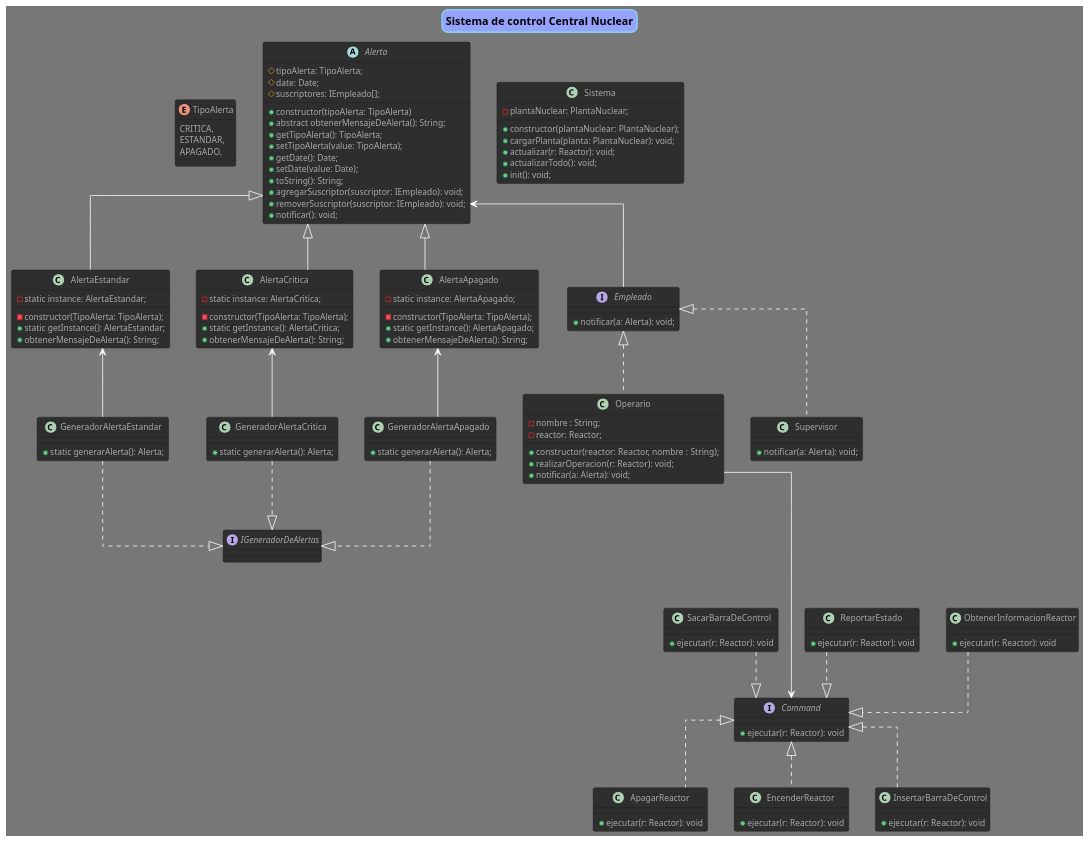
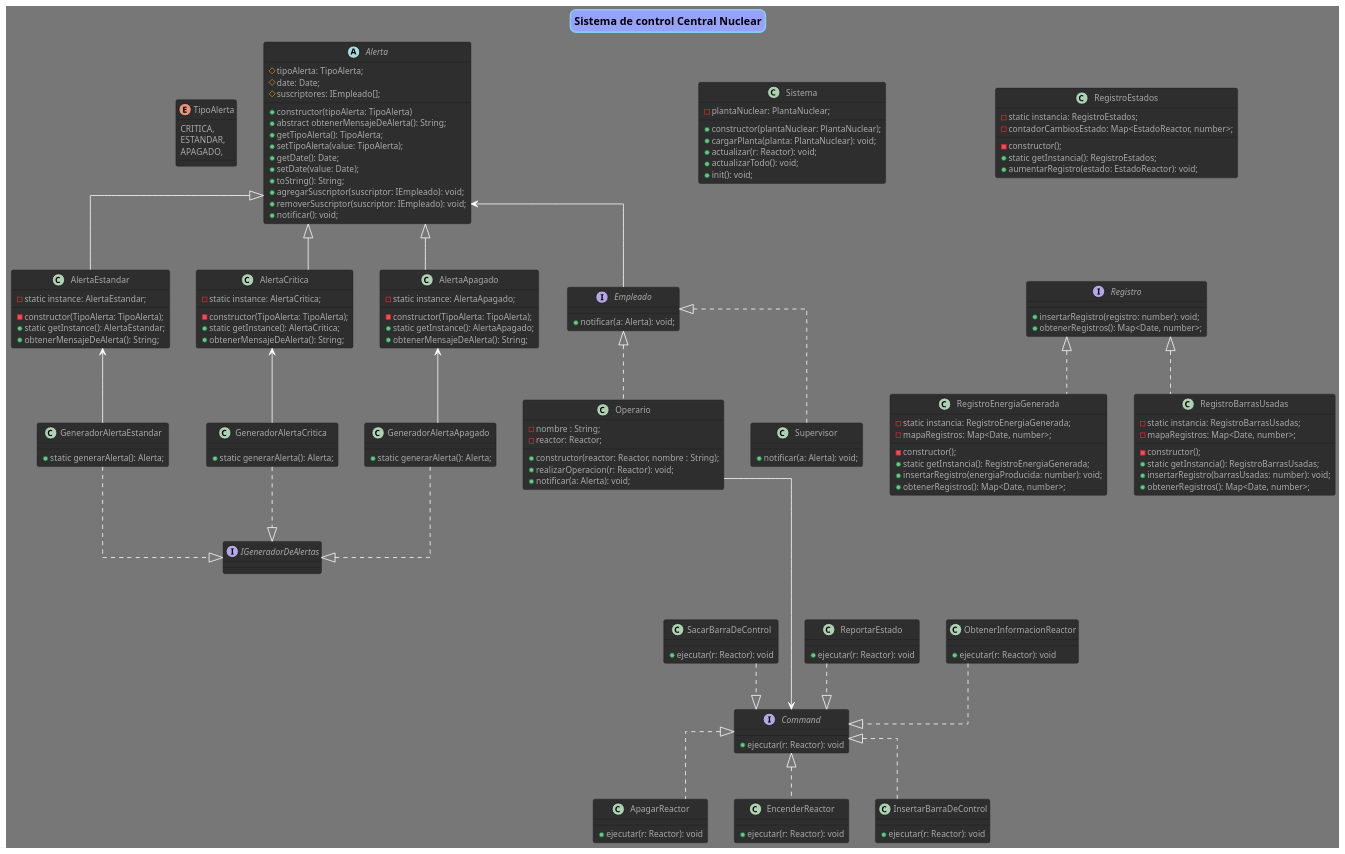
One commit to fmiguezo/reactor_nuclear changed the diagram in diagrams/clases_sistema_control.puml. Above: the diagram before and after it, drawn with PlantUML.

Commit message:
añadidas las clases de registros

```diff
--- a/diagrams/clases_sistema_control.puml
+++ b/diagrams/clases_sistema_control.puml
@@ -1,161 +1,198 @@
 @startuml Tp
 
 title "Sistema de control Central Nuclear"
 !theme reddress-darkblue
 scale 1.3
 skinparam Linetype ortho
 
 skinparam titleBorderRoundCorner 15
 skinparam titleBorderThickness 2
 skinparam titleBorderColor skyBlue
 skinparam titleBackgroundColor #96a2ff
 
 
 
 interface Command {
     +ejecutar(r: Reactor): void
 }
 
 class ApagarReactor {
     +ejecutar(r: Reactor): void
 }
 
 class EncenderReactor {
     +ejecutar(r: Reactor): void
 }
 
 class InsertarBarraDeControl {
     +ejecutar(r: Reactor): void
 }
 
 class ObtenerInformacionReactor {
     +ejecutar(r: Reactor): void
 }
 
 class ReportarEstado {
     +ejecutar(r: Reactor): void
 }
 
 class SacarBarraDeControl {
     +ejecutar(r: Reactor): void
 }
 
 abstract class Alerta {
     #tipoAlerta: TipoAlerta;
     #date: Date;
     #suscriptores: IEmpleado[];
 
     +constructor(tipoAlerta: TipoAlerta)
     +abstract obtenerMensajeDeAlerta(): String;
     +getTipoAlerta(): TipoAlerta;
     +setTipoAlerta(value: TipoAlerta);
     +getDate(): Date;
     +setDate(value: Date);
     +toString(): String;
     +agregarSuscriptor(suscriptor: IEmpleado): void;
     +removerSuscriptor(suscriptor: IEmpleado): void;
     +notificar(): void;
 }
 
 class AlertaApagado {
     -static instance: AlertaApagado;
 
     -constructor(TipoAlerta: TipoAlerta);
     +static getInstance(): AlertaApagado;
     +obtenerMensajeDeAlerta(): String;
 }
 
 class AlertaCritica {
     -static instance: AlertaCritica;
 
     -constructor(TipoAlerta: TipoAlerta);
     +static getInstance(): AlertaCritica;
     +obtenerMensajeDeAlerta(): String;
 }
 
 class AlertaEstandar {
     -static instance: AlertaEstandar;
 
     -constructor(TipoAlerta: TipoAlerta);
     +static getInstance(): AlertaEstandar;
     +obtenerMensajeDeAlerta(): String;
 }
 
 interface IGeneradorDeAlertas {
     
 }
 
 class GeneradorAlertaApagado {
     +static generarAlerta(): Alerta;
 }
 
 class GeneradorAlertaCritica {
     +static generarAlerta(): Alerta;
 }
 
 class GeneradorAlertaEstandar {
     +static generarAlerta(): Alerta;
 }
 
 enum TipoAlerta {
     CRITICA,
     ESTANDAR,
     APAGADO,
 }
 
 interface Empleado {
     +notificar(a: Alerta): void;
 }
 
 class Operario {
     -nombre : String;
     -reactor: Reactor;
 
     +constructor(reactor: Reactor, nombre : String);
     +realizarOperacion(r: Reactor): void;
     +notificar(a: Alerta): void;
 }
 
 class Supervisor {
     +notificar(a: Alerta): void;
 }
 
 class Sistema {
     -plantaNuclear: PlantaNuclear;
 
     +constructor(plantaNuclear: PlantaNuclear);
     +cargarPlanta(planta: PlantaNuclear): void;
     +actualizar(r: Reactor): void;
     +actualizarTodo(): void;
     +init(): void;
 }
 
+interface Registro {
+    +insertarRegistro(registro: number): void;
+    +obtenerRegistros(): Map<Date, number>;
+}
+
+class RegistroEstados {
+    -static instancia: RegistroEstados;
+    -contadorCambiosEstado: Map<EstadoReactor, number>;
+
+    -constructor();
+    +static getInstancia(): RegistroEstados;
+    +aumentarRegistro(estado: EstadoReactor): void;
+}
+
+class RegistroEnergiaGenerada {
+    -static instancia: RegistroEnergiaGenerada;
+    -mapaRegistros: Map<Date, number>;
+
+    -constructor();
+    +static getInstancia(): RegistroEnergiaGenerada;
+    +insertarRegistro(energiaProducida: number): void;
+    +obtenerRegistros(): Map<Date, number>;
+}
+
+class RegistroBarrasUsadas {
+    -static instancia: RegistroBarrasUsadas;
+    -mapaRegistros: Map<Date, number>;
+
+    -constructor();
+    +static getInstancia(): RegistroBarrasUsadas;
+    +insertarRegistro(barrasUsadas: number): void;
+    +obtenerRegistros(): Map<Date, number>;
+}
 
 ' Relaciones
 Command <|.. ApagarReactor
 Command <|.. EncenderReactor
 Command <|.. InsertarBarraDeControl
 Command <|.u. ObtenerInformacionReactor
 Command <|.u. ReportarEstado
 Command <|.u. SacarBarraDeControl
 
 Operario ----> Command
 
 Alerta <|-- AlertaApagado
 Alerta <|-- AlertaCritica
 Alerta <|-- AlertaEstandar
 Alerta -l[hidden]- TipoAlerta
 Alerta <-- Empleado
 
 IGeneradorDeAlertas <|.u. GeneradorAlertaApagado
 IGeneradorDeAlertas <|.u. GeneradorAlertaCritica
 IGeneradorDeAlertas <|.u. GeneradorAlertaEstandar
 
 GeneradorAlertaApagado -u-> AlertaApagado
 GeneradorAlertaCritica -u-> AlertaCritica
 GeneradorAlertaEstandar -u-> AlertaEstandar
 
 Empleado <|.. Operario
 Empleado <|.. Supervisor
 
+Registro <|.. RegistroEnergiaGenerada
+Registro <|.. RegistroBarrasUsadas
+RegistroEstados -d[hidden]- Registro
+
 @enduml
```
